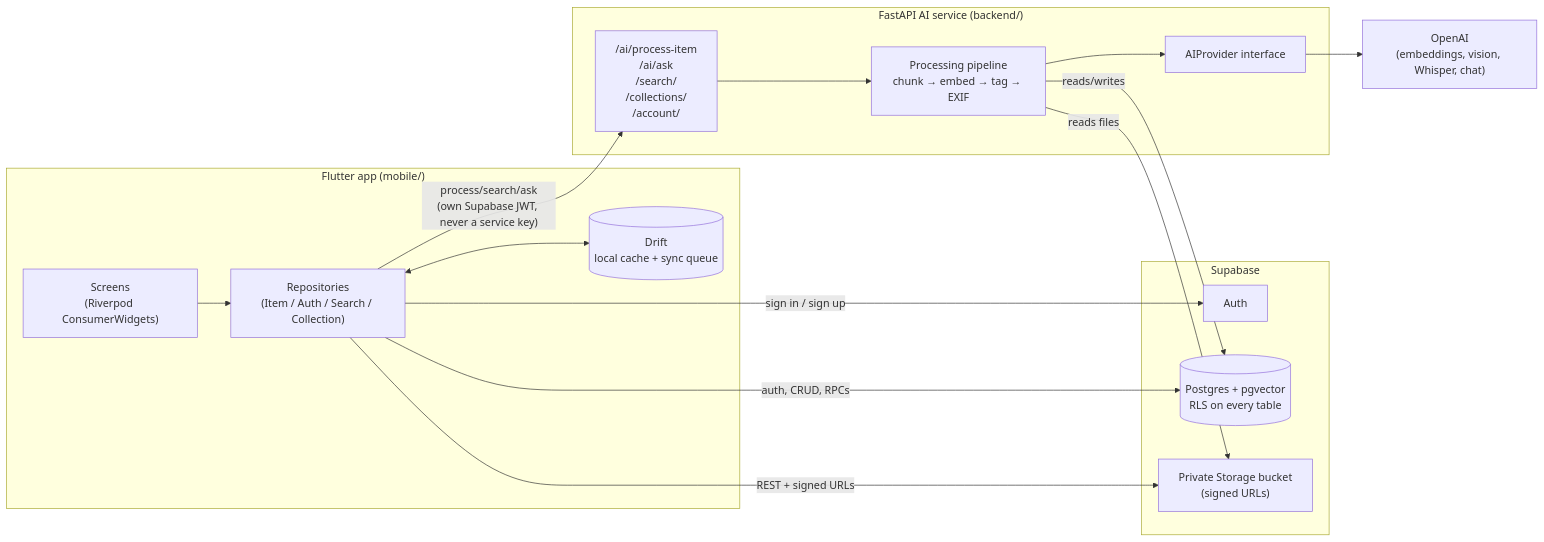
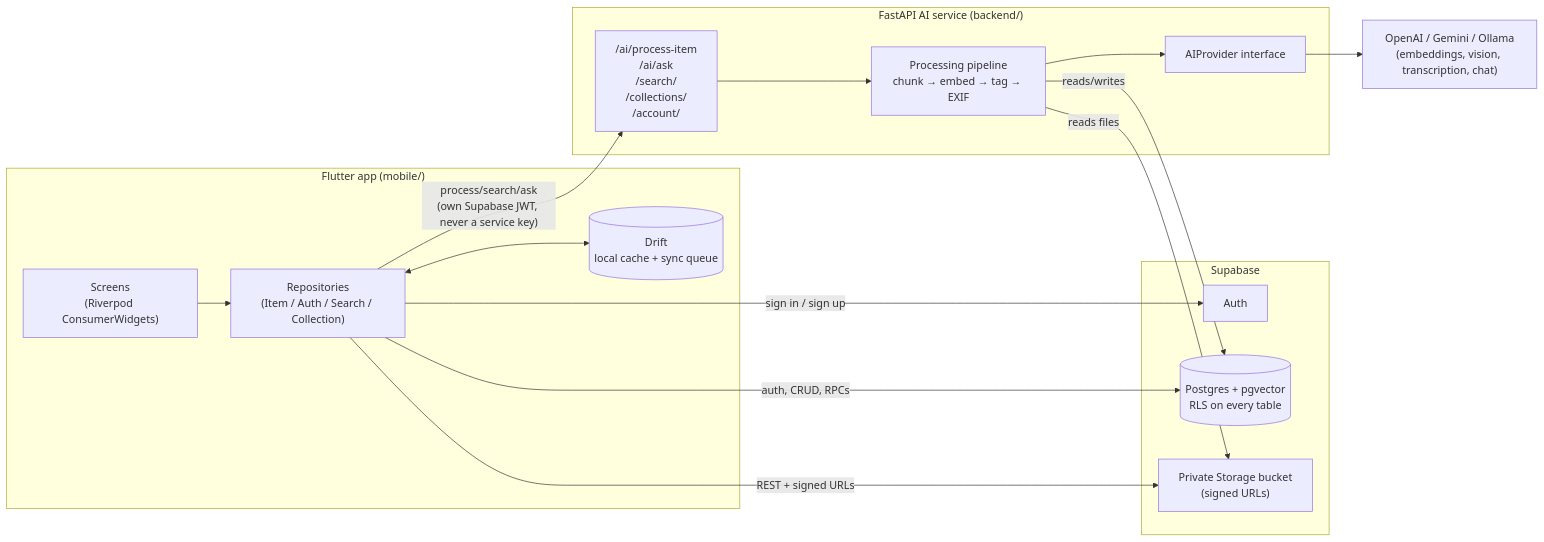
One commit to seraydundar/LifeSearch changed the diagram in README.md. Above: the diagram before and after it, drawn with Mermaid. The commit also changed other lines of this file, not shown here.

````diff
--- a/README.md
+++ b/README.md
@@ -48,33 +44,33 @@
 ```mermaid
 flowchart LR
     subgraph Mobile["Flutter app (mobile/)"]
         UI["Screens\n(Riverpod ConsumerWidgets)"]
         Repo["Repositories\n(Item / Auth / Search / Collection)"]
         Drift[("Drift\nlocal cache + sync queue")]
         UI --> Repo
         Repo <--> Drift
     end
 
     subgraph Supabase["Supabase"]
         Auth["Auth"]
         PG[("Postgres + pgvector\nRLS on every table")]
         Storage["Private Storage bucket\n(signed URLs)"]
     end
 
     subgraph Backend["FastAPI AI service (backend/)"]
         API["/ai/process-item\n/ai/ask\n/search/\n/collections/\n/account/"]
         Pipeline["Processing pipeline\nchunk → embed → tag → EXIF"]
         Provider["AIProvider interface"]
         API --> Pipeline --> Provider
     end
 
-    AI["OpenAI\n(embeddings, vision, Whisper, chat)"]
+    AI["OpenAI / Gemini / Ollama\n(embeddings, vision, transcription, chat)"]
 
     Repo -- "REST + signed URLs" --> Storage
     Repo -- "auth, CRUD, RPCs" --> PG
     Repo -- "sign in / sign up" --> Auth
     Repo -- "process/search/ask\n(own Supabase JWT, never a service key)" --> API
     Pipeline -- "reads/writes" --> PG
     Pipeline -- "reads files" --> Storage
     Provider --> AI
 ```
````
